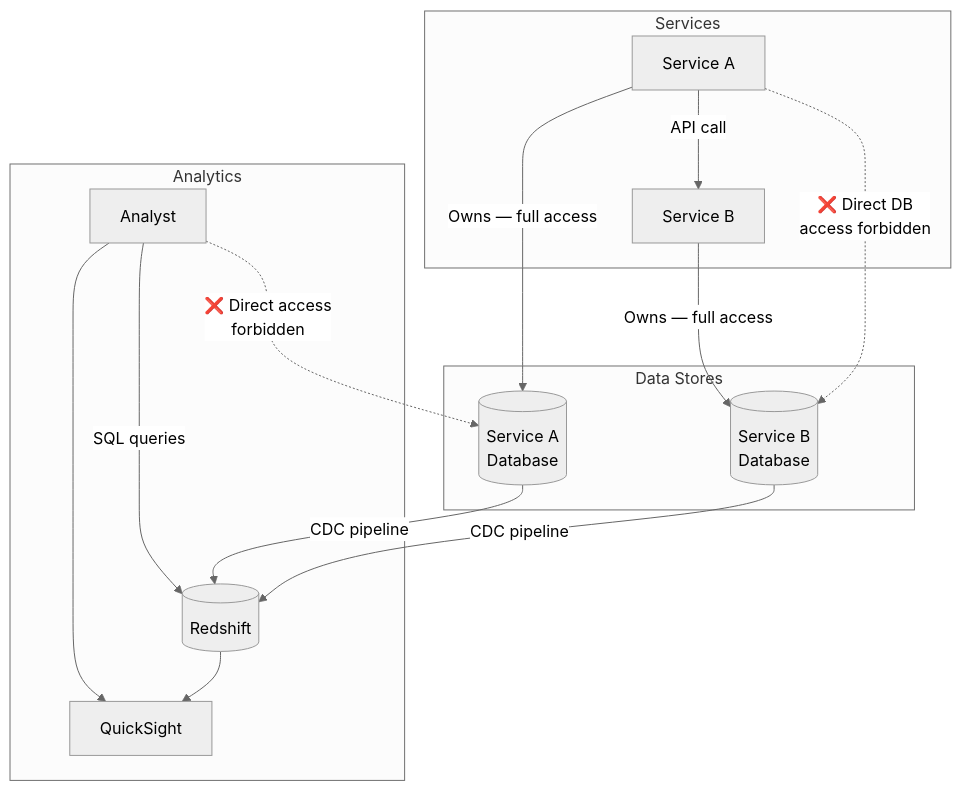
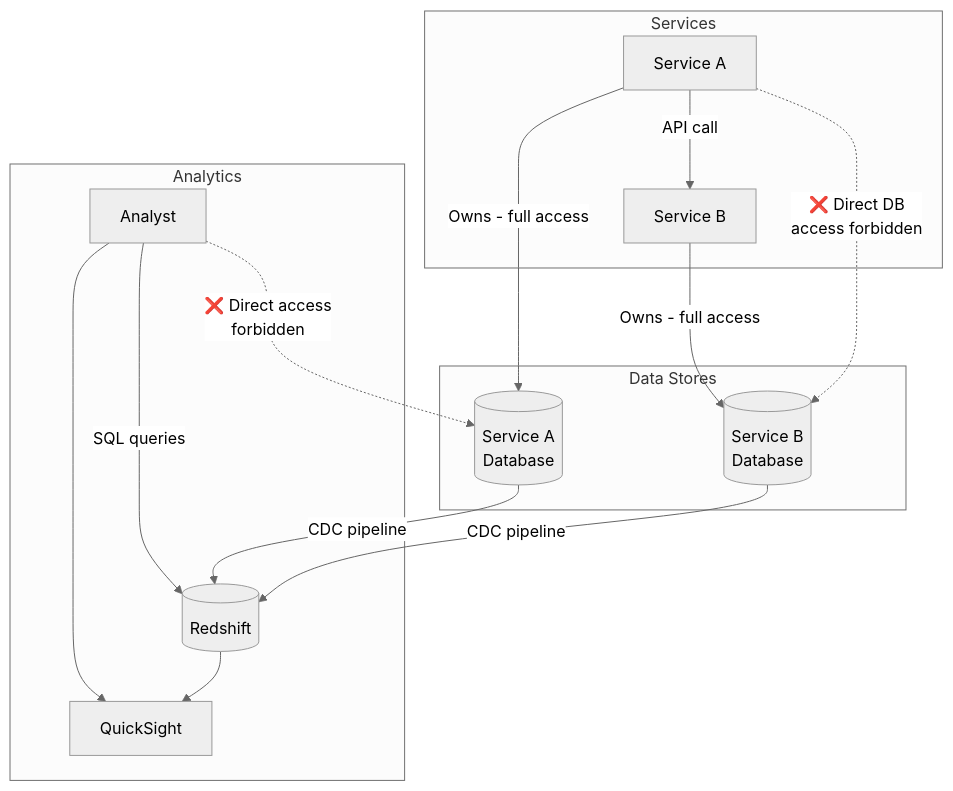
One commit to rishikeshdhokare/platform-manifesto changed the third of 3 diagrams in 06-developer-guides/09-data-governance.md. Above: the diagram before and after it, drawn with Mermaid (neutral theme). The commit also changed other lines of this file and 20 other files, not shown here.

````diff
--- a/06-developer-guides/09-data-governance.md
+++ b/06-developer-guides/09-data-governance.md
@@ -326,31 +326,31 @@
 ```mermaid
 flowchart TD
     subgraph "Services"
         SA["Service A"]
         SB["Service B"]
     end
 
     subgraph "Data Stores"
         DA[("Service A\nDatabase")]
         DB[("Service B\nDatabase")]
     end
 
     subgraph "Analytics"
         RS[("Redshift")]
         QS["QuickSight"]
         Analyst["Analyst"]
     end
 
-    SA -->|"Owns — full access"| DA
-    SB -->|"Owns — full access"| DB
+    SA -->|"Owns - full access"| DA
+    SB -->|"Owns - full access"| DB
 
     SA -->|"API call"| SB
     SA -.->|"❌ Direct DB\naccess forbidden"| DB
 
     DA -->|"CDC pipeline"| RS
     DB -->|"CDC pipeline"| RS
     RS --> QS
     Analyst --> QS
     Analyst -->|"SQL queries"| RS
     Analyst -.->|"❌ Direct access\nforbidden"| DA
 ```
````
